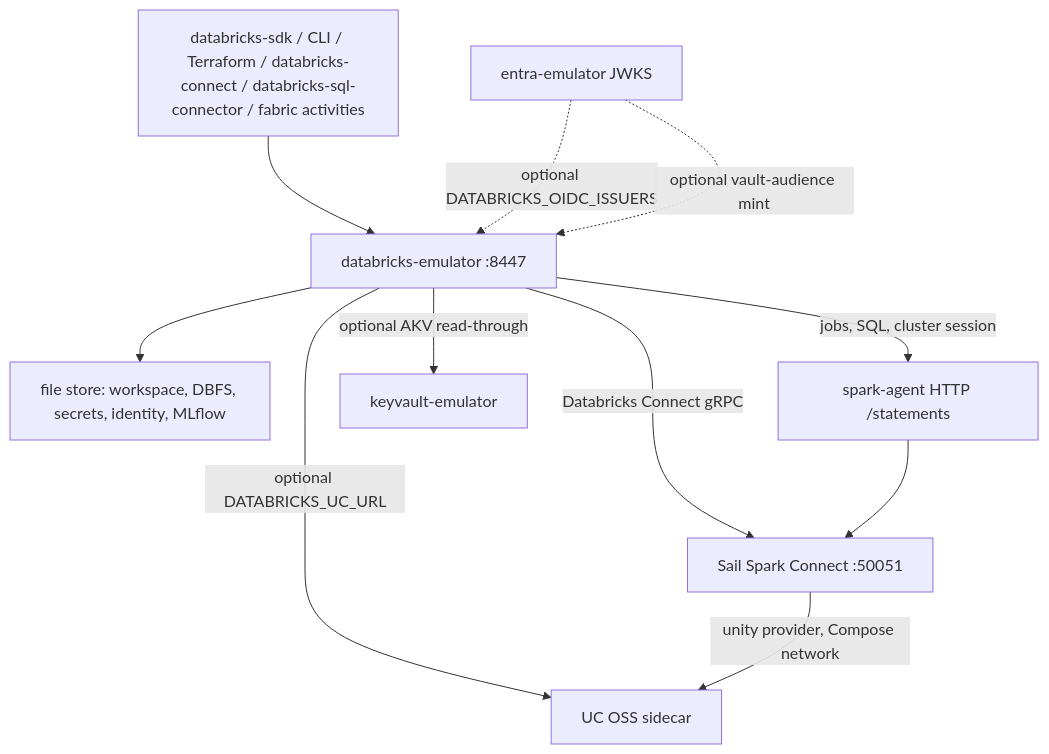
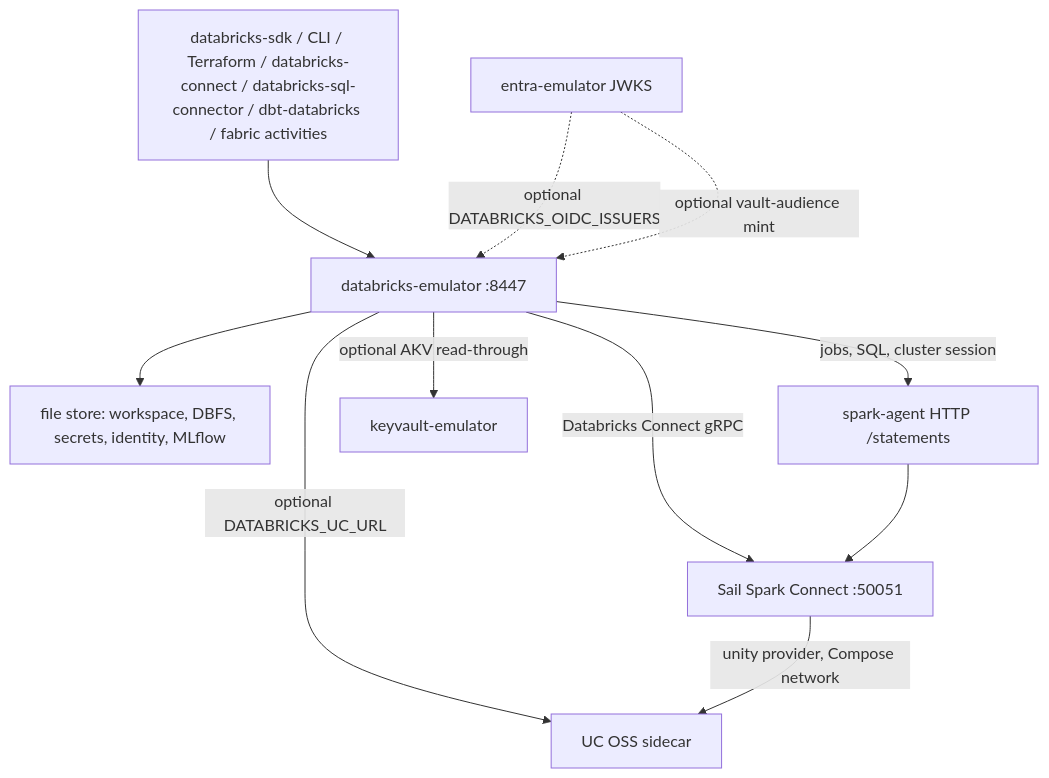
The diagram in docs/03-architecture.md (calvinchengx/databricks-emulator), drawn with Mermaid before and after one commit. The commit also changed 21 other files, not shown here.

First line of the commit message:
Witness warehouse SQL with unmodified dbt-databricks.

````diff
--- a/docs/03-architecture.md
+++ b/docs/03-architecture.md
@@ -10,21 +10,21 @@
 ```mermaid
 graph TD
-  clients["databricks-sdk / CLI / Terraform / databricks-connect / databricks-sql-connector / fabric activities"]
+  clients["databricks-sdk / CLI / Terraform / databricks-connect / databricks-sql-connector / dbt-databricks / fabric activities"]
   ws["databricks-emulator :8447"]
   store["file store: workspace, DBFS, secrets, identity, MLflow"]
   agent["spark-agent HTTP /statements"]
   sail["Sail Spark Connect :50051"]
   uc["UC OSS sidecar"]
   kv["keyvault-emulator"]
   entra["entra-emulator JWKS"]
   clients --> ws
   ws --> store
   ws -->|"jobs, SQL, cluster session"| agent
   ws -->|"Databricks Connect gRPC"| sail
   agent --> sail
   ws -->|"optional DATABRICKS_UC_URL"| uc
   sail -->|"unity provider, Compose network"| uc
   ws -->|"optional AKV read-through"| kv
   entra -.->|"optional DATABRICKS_OIDC_ISSUERS"| ws
   entra -.->|"optional vault-audience mint"| ws
 ```
````
